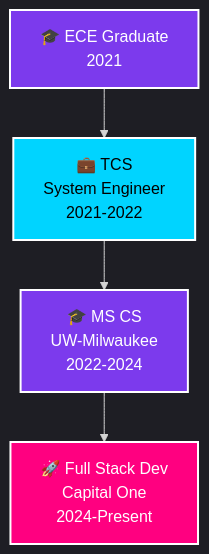
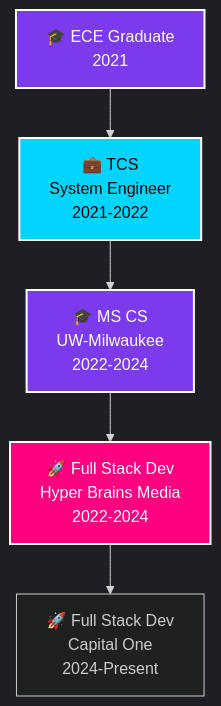
The diagram in README.md (ShreyaAdla/ShreyaAdla), drawn with Mermaid before and after one commit.

````diff
--- a/README.md
+++ b/README.md
@@ -68,12 +68,13 @@
 ```mermaid
 %%{init: {'theme':'dark'}}%%
 graph TD
     A[🎓 ECE Graduate<br/>2021] --> B[💼 TCS<br/>System Engineer<br/>2021-2022]
     B --> C[🎓 MS CS<br/>UW-Milwaukee<br/>2022-2024]
-    C --> D[🚀 Full Stack Dev<br/>Capital One<br/>2024-Present]
+    C --> D[🚀 Full Stack Dev<br/>Hyper Brains Media<br/>2022-2024]
+    D --> E[🚀 Full Stack Dev<br/>Capital One<br/>2024-Present]
     
     style A fill:#7c3aed,stroke:#fff,stroke-width:2px,color:#fff
     style B fill:#00d4ff,stroke:#fff,stroke-width:2px,color:#000
     style C fill:#7c3aed,stroke:#fff,stroke-width:2px,color:#fff
     style D fill:#ff0080,stroke:#fff,stroke-width:2px,color:#fff
 ```
````
